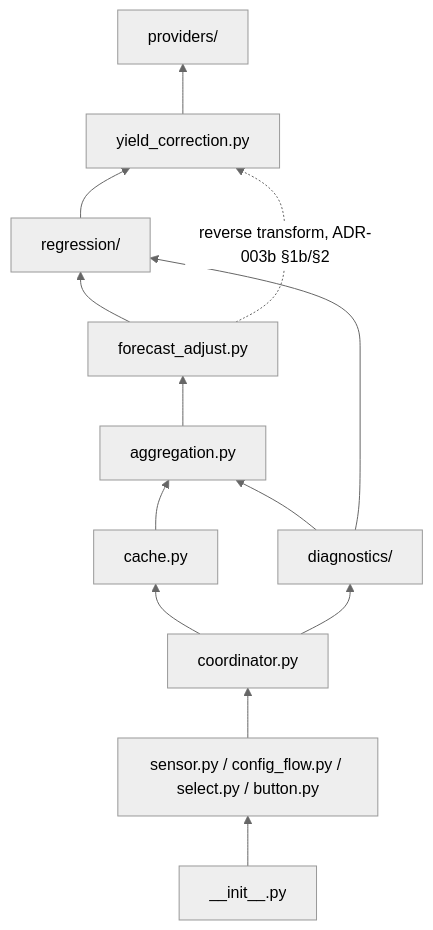
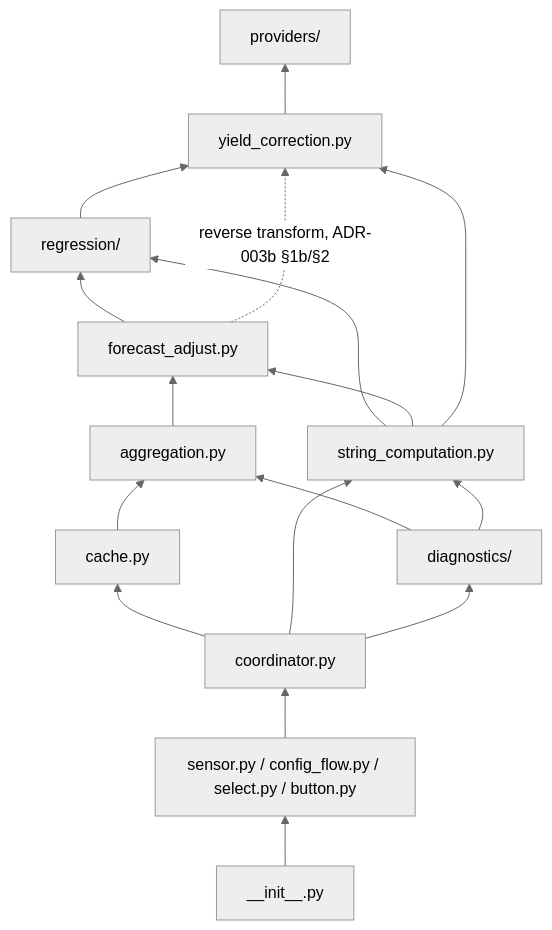
One commit to eschnepel/shady changed the diagram in adr/000-coding-standards.md. Above: the diagram before and after it, drawn with Mermaid (neutral theme). The commit also changed other lines of this file and 15 other files, not shown here.

````diff
--- a/adr/000-coding-standards.md
+++ b/adr/000-coding-standards.md
@@ -126,26 +133,31 @@
 ```mermaid
 flowchart BT
     providers["providers/"]
     yield_correction["yield_correction.py"]
     regression["regression/"]
     forecast_adjust["forecast_adjust.py"]
+    string_computation["string_computation.py"]
     aggregation["aggregation.py"]
     diagnostics["diagnostics/"]
     cache["cache.py"]
     coordinator["coordinator.py"]
     entity_glue["sensor.py / config_flow.py / select.py / button.py"]
     init["__init__.py"]
 
     yield_correction --> providers
     regression --> yield_correction
     forecast_adjust --> regression
+    string_computation --> regression
+    string_computation --> forecast_adjust
+    string_computation --> yield_correction
     aggregation --> forecast_adjust
     diagnostics --> aggregation
-    diagnostics --> regression
+    diagnostics --> string_computation
     cache --> aggregation
     coordinator --> cache
+    coordinator --> string_computation
     coordinator --> diagnostics
     entity_glue --> coordinator
     init --> entity_glue
     forecast_adjust -.->|"reverse transform, ADR-003b §1b/§2"| yield_correction
 ```
````
